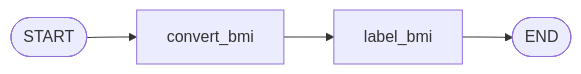
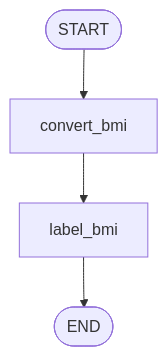
One commit to taufiq26127/langgraph-course-project changed the first of 4 diagrams in README.md. Above: the diagram before and after it, drawn with Mermaid. The commit also changed other lines of this file, not shown here.

````diff
--- a/README.md
+++ b/README.md
@@ -71,6 +58,6 @@
 ```mermaid
-flowchart LR
+flowchart TD
     A([START]) --> B[convert_bmi]
     B --> C[label_bmi]
     C --> D([END])
 ```
````
